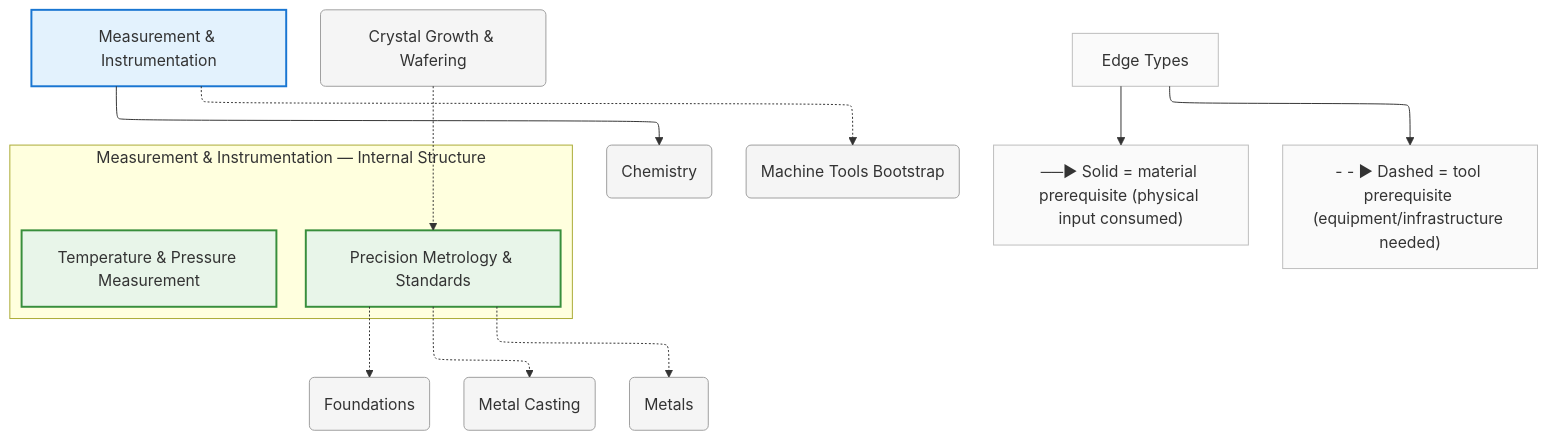
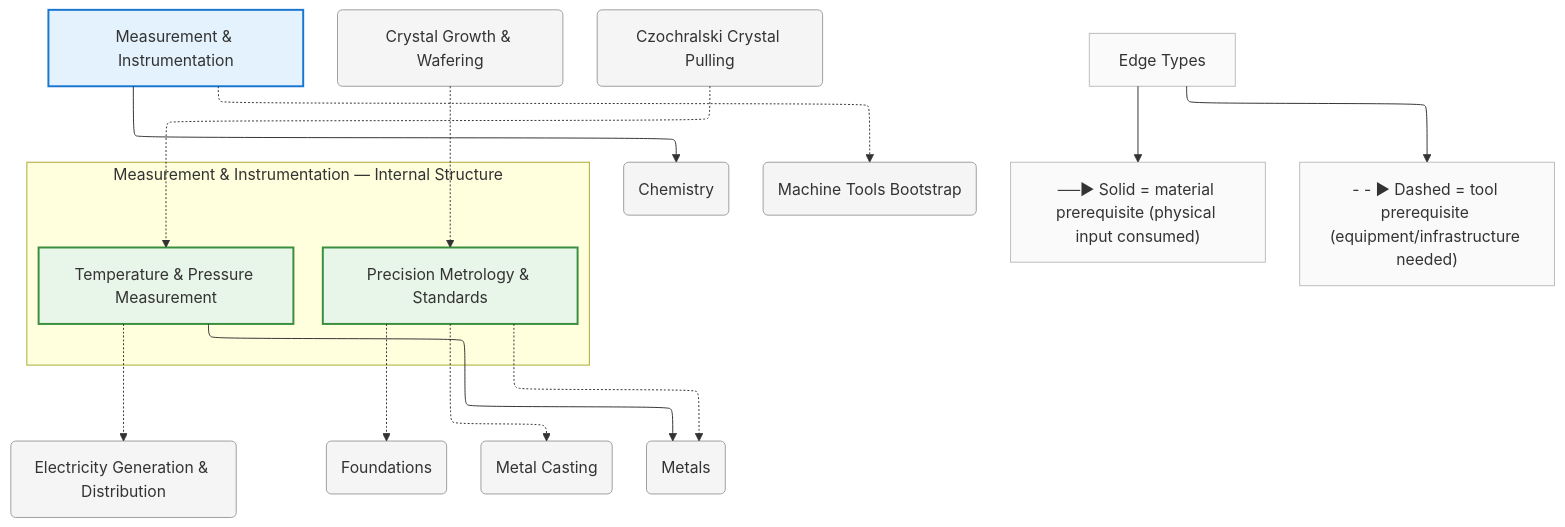
One commit to egofree/TechTree changed the diagram in diagrams/mermaid/measurement.mmd. Above: the diagram before and after it, drawn with Mermaid. The commit also changed 15 other files, not shown here.

First line of the commit message:
chore(diagrams): regenerate all Mermaid diagrams from updated data

```diff
--- a/diagrams/mermaid/measurement.mmd
+++ b/diagrams/mermaid/measurement.mmd
@@ -1,54 +1,61 @@
 %%{init: {"flowchart": {"defaultRenderer": "elk", "htmlLabels": true}}}%%
 graph TD
     %% Domain: Measurement & Instrumentation
 
     %% ==================== INTERNAL NODES ====================
     subgraph measurement_internal ["Measurement & Instrumentation — Internal Structure"]
         direction TB
         measurement_precision-metrology["Precision Metrology & Standards"]
         measurement_temperature-pressure["Temperature & Pressure Measurement"]
     end
 
     %% ==================== DOMAIN NODE ====================
     measurement["Measurement & Instrumentation"]
 
     %% ==================== EXTERNAL DEPENDENCIES ====================
     chemistry("Chemistry")
+    energy_electricity("Electricity Generation & Distribution")
     foundations("Foundations")
     machine-tools("Machine Tools Bootstrap")
     machine-tools_casting("Metal Casting")
     metals("Metals")
     silicon_crystal-growth("Crystal Growth & Wafering")
+    silicon_crystal-growth_cz-pulling("Czochralski Crystal Pulling")
 
     %% ==================== EDGES ====================
     measurement_precision-metrology -.-> machine-tools_casting
     measurement -.-> machine-tools
     measurement --> chemistry
     silicon_crystal-growth -.-> measurement_precision-metrology
     measurement_precision-metrology -.-> foundations
     measurement_precision-metrology -.-> metals
+    silicon_crystal-growth_cz-pulling -.-> measurement_temperature-pressure
+    measurement_temperature-pressure -.-> energy_electricity
+    measurement_temperature-pressure --> metals
 
     %% ==================== EDGE TYPE LEGEND ====================
     EdgeLegend["Edge Types"]
     EdgeLegend --> MatNote["──▶ Solid = material prerequisite (physical input consumed)"]
     EdgeLegend --> ToolNote["- - ▶ Dashed = tool prerequisite (equipment/infrastructure needed)"]
 
     %% ==================== STYLING ====================
     classDef domain fill:#e3f2fd,stroke:#1976d2,stroke-width:2px
     classDef capability fill:#e8f5e9,stroke:#388e3c,stroke-width:2px
     classDef process fill:#fff3e0,stroke:#f57c00,stroke-width:2px
     classDef critical fill:#fff3e0,stroke:#f57c00,stroke-width:3px
     classDef earlyWin fill:#e8f5e9,stroke:#388e3c,stroke-width:3px
     classDef pinnacle fill:#fce4ec,stroke:#c62828,stroke-width:3px
     classDef external fill:#f5f5f5,stroke:#9e9e9e,stroke-width:1px
     classDef legend fill:#fafafa,stroke:#bdbdbd,stroke-width:1px
     class measurement domain
     class measurement_precision-metrology capability
     class measurement_temperature-pressure capability
     class chemistry external
+    class energy_electricity external
     class foundations external
     class machine-tools external
     class machine-tools_casting external
     class metals external
     class silicon_crystal-growth external
+    class silicon_crystal-growth_cz-pulling external
     class EdgeLegend,MatNote,ToolNote legend
```
